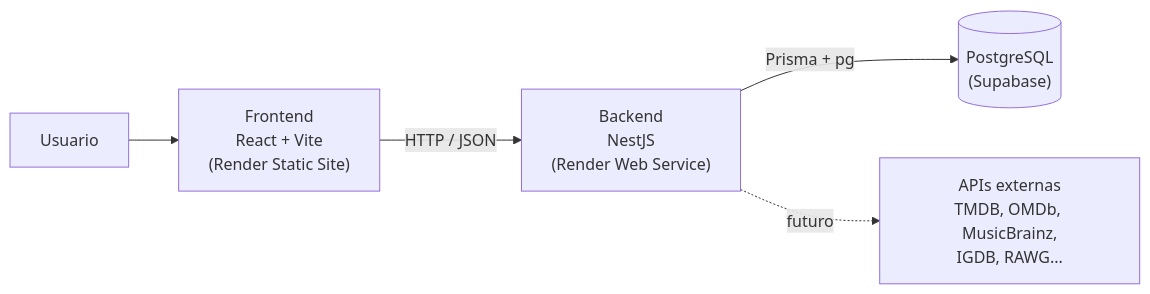
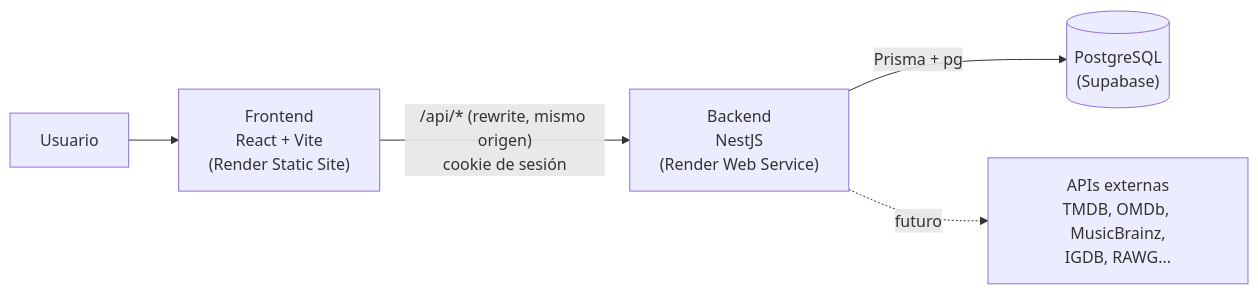
The first of 2 diagrams in architecture.md (nicoaranc/opinai), drawn with Mermaid before and after one commit. The commit also changed other lines of this file and 33 other files, not shown here.

````diff
--- a/architecture.md
+++ b/architecture.md
@@ -25,7 +25,7 @@
 ```mermaid
 flowchart LR
     U[Usuario] --> F["Frontend<br/>React + Vite<br/>(Render Static Site)"]
-    F -->|HTTP / JSON| B["Backend<br/>NestJS<br/>(Render Web Service)"]
+    F -->|"/api/* (rewrite, mismo origen)<br/>cookie de sesión"| B["Backend<br/>NestJS<br/>(Render Web Service)"]
     B -->|Prisma + pg| D[("PostgreSQL<br/>(Supabase)")]
     B -.->|futuro| X["APIs externas<br/>TMDB, OMDb, MusicBrainz,<br/>IGDB, RAWG..."]
 ```
````
